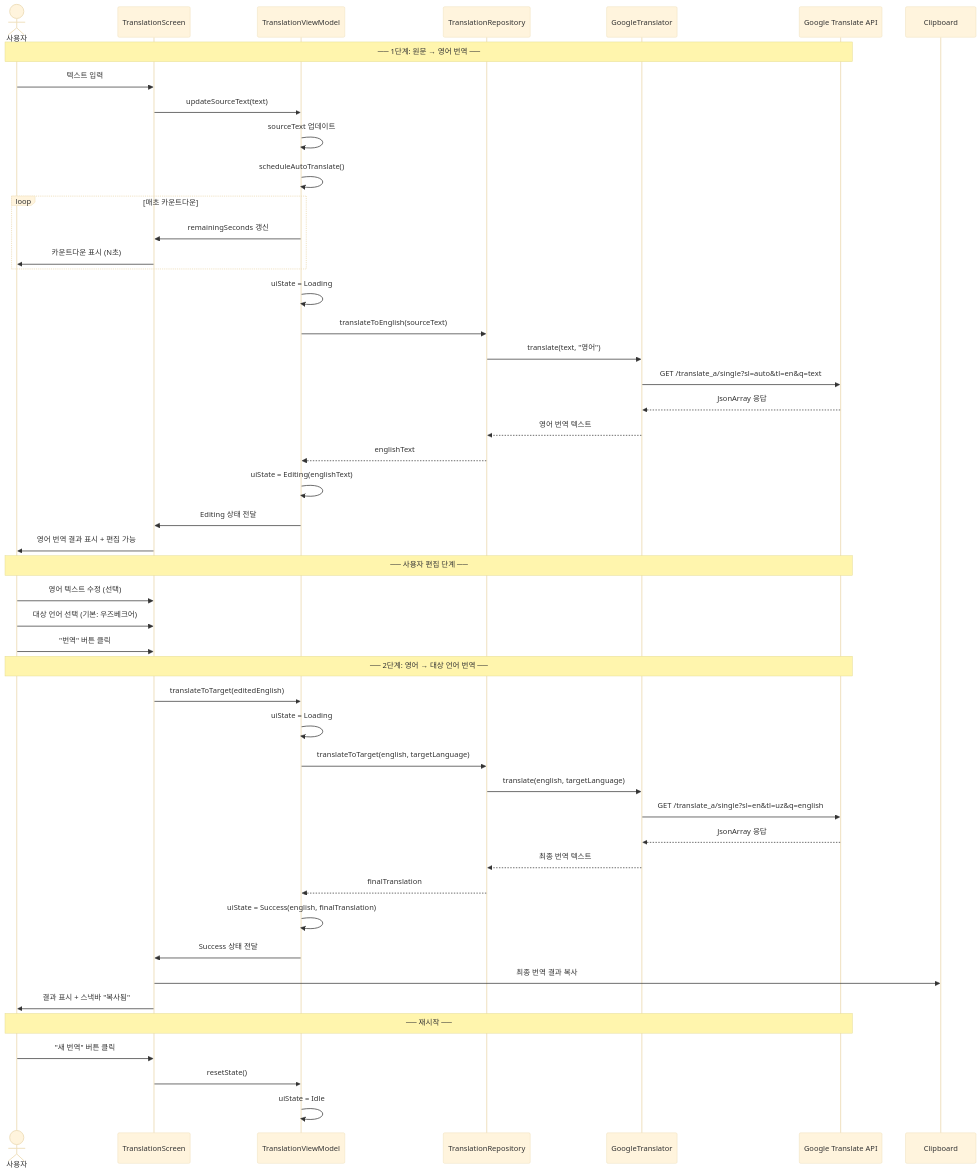
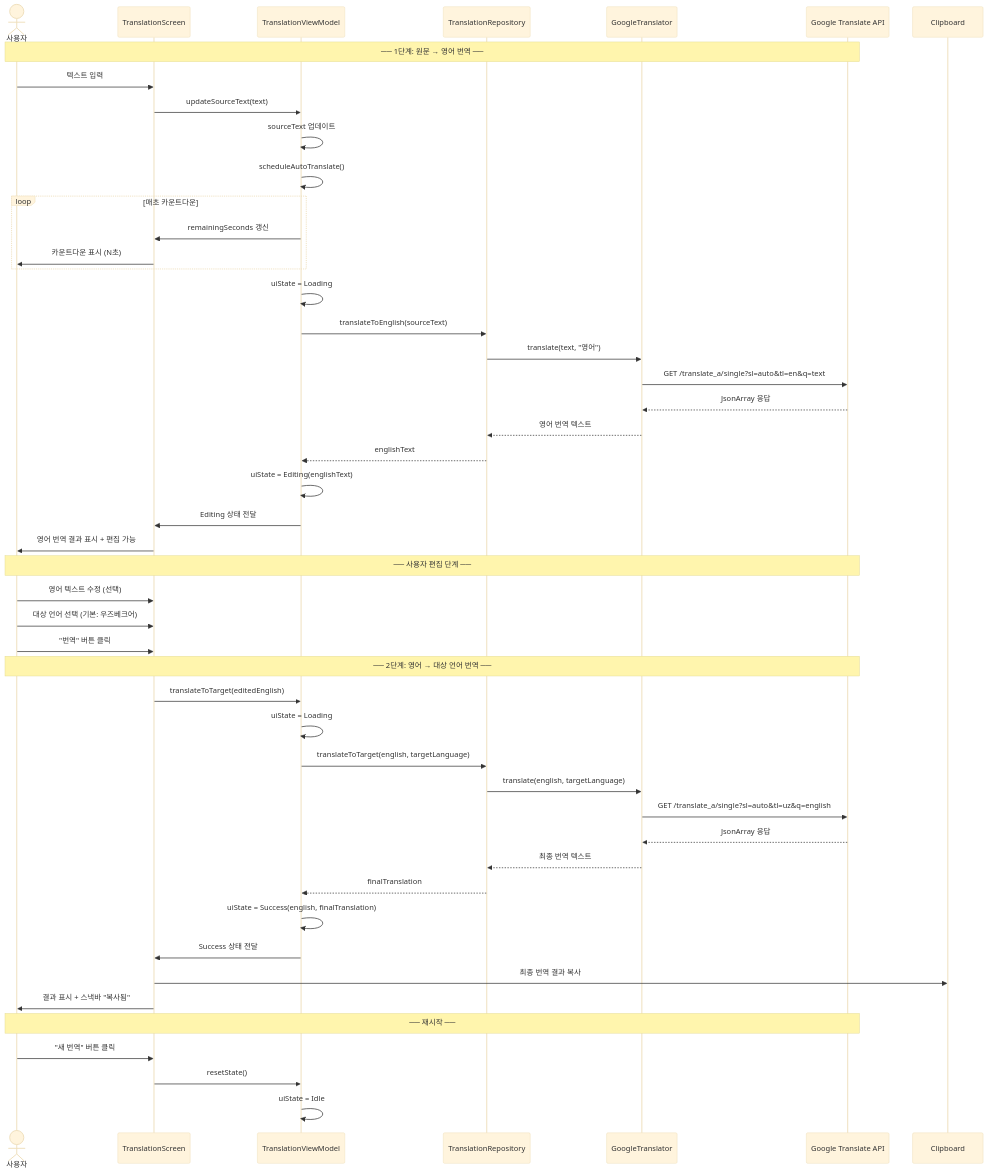
One commit to dnjfdbgid/PivotTranslator changed the sixth of 14 diagrams in docs/diagrams.md. Above: the diagram before and after it, drawn with Mermaid (base theme). The commit also changed 1 other file, not shown here.

Commit message:
fix: 다이어그램 시퀀스 오류 수정 및 HTML standalone으로 재작성
- 3-1 시퀀스 2단계 API 호출 sl=en → sl=auto 수정 (코드와 일치)
- diagrams.html을 Mermaid CDN 기반으로 재작성하여 브라우저에서 독립 실행 가능

````diff
--- a/docs/diagrams.md
+++ b/docs/diagrams.md
@@ -170,62 +170,62 @@
 ```mermaid
 sequenceDiagram
     actor User as 사용자
     participant Screen as TranslationScreen
     participant VM as TranslationViewModel
     participant Repo as TranslationRepository
     participant GT as GoogleTranslator
     participant API as Google Translate API
     participant Clip as Clipboard
 
     Note over User, API: ── 1단계: 원문 → 영어 번역 ──
 
     User->>Screen: 텍스트 입력
     Screen->>VM: updateSourceText(text)
     VM->>VM: sourceText 업데이트
     VM->>VM: scheduleAutoTranslate()
 
     loop 매초 카운트다운
         VM->>Screen: remainingSeconds 갱신
         Screen->>User: 카운트다운 표시 (N초)
     end
 
     VM->>VM: uiState = Loading
     VM->>Repo: translateToEnglish(sourceText)
     Repo->>GT: translate(text, "영어")
     GT->>API: GET /translate_a/single?sl=auto&tl=en&q=text
     API-->>GT: JsonArray 응답
     GT-->>Repo: 영어 번역 텍스트
     Repo-->>VM: englishText
 
     VM->>VM: uiState = Editing(englishText)
     VM->>Screen: Editing 상태 전달
     Screen->>User: 영어 번역 결과 표시 + 편집 가능
 
     Note over User, API: ── 사용자 편집 단계 ──
 
     User->>Screen: 영어 텍스트 수정 (선택)
     User->>Screen: 대상 언어 선택 (기본: 우즈베크어)
     User->>Screen: "번역" 버튼 클릭
 
     Note over User, API: ── 2단계: 영어 → 대상 언어 번역 ──
 
     Screen->>VM: translateToTarget(editedEnglish)
     VM->>VM: uiState = Loading
     VM->>Repo: translateToTarget(english, targetLanguage)
     Repo->>GT: translate(english, targetLanguage)
-    GT->>API: GET /translate_a/single?sl=en&tl=uz&q=english
+    GT->>API: GET /translate_a/single?sl=auto&tl=uz&q=english
     API-->>GT: JsonArray 응답
     GT-->>Repo: 최종 번역 텍스트
     Repo-->>VM: finalTranslation
 
     VM->>VM: uiState = Success(english, finalTranslation)
     VM->>Screen: Success 상태 전달
     Screen->>Clip: 최종 번역 결과 복사
     Screen->>User: 결과 표시 + 스낵바 "복사됨"
 
     Note over User, API: ── 재시작 ──
 
     User->>Screen: "새 번역" 버튼 클릭
     Screen->>VM: resetState()
     VM->>VM: uiState = Idle
 ```
````
